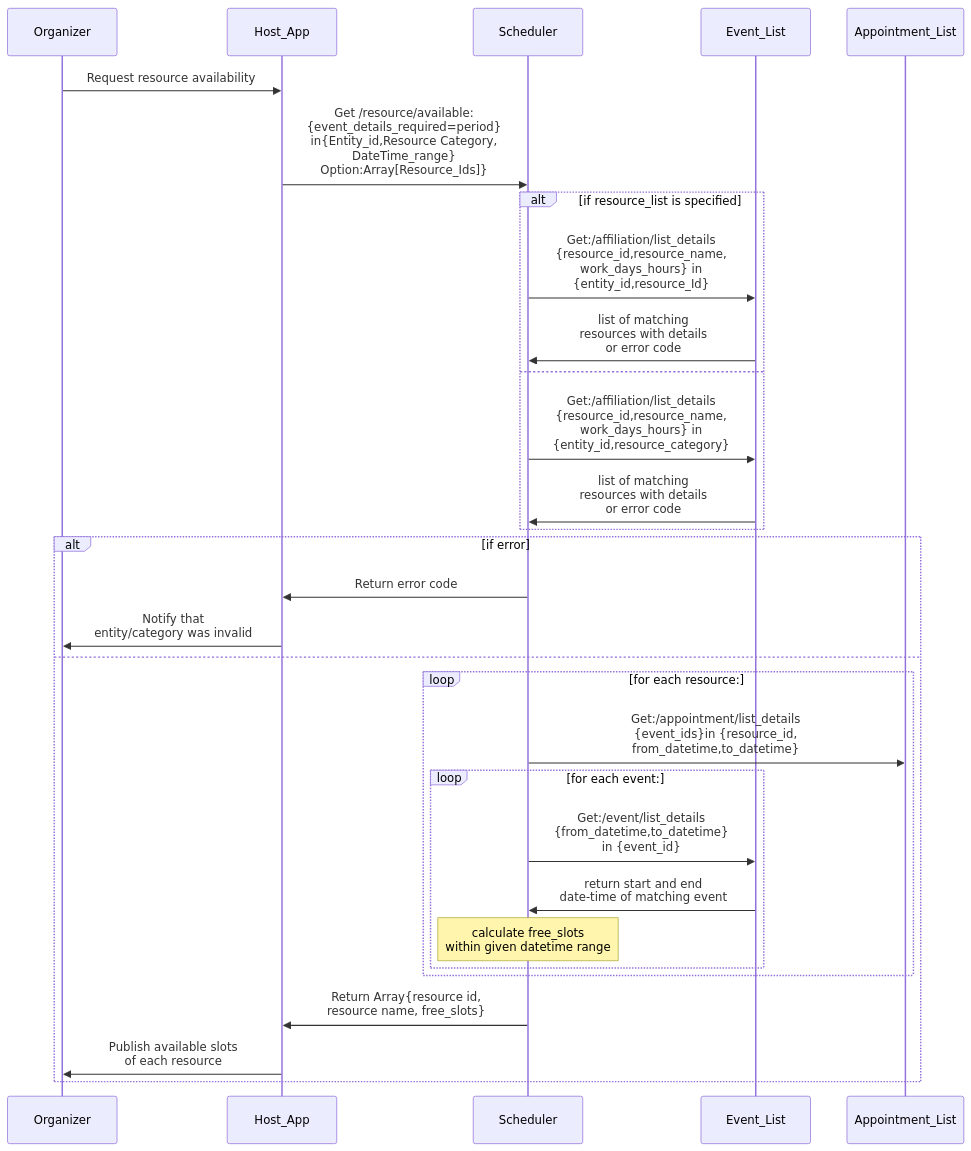
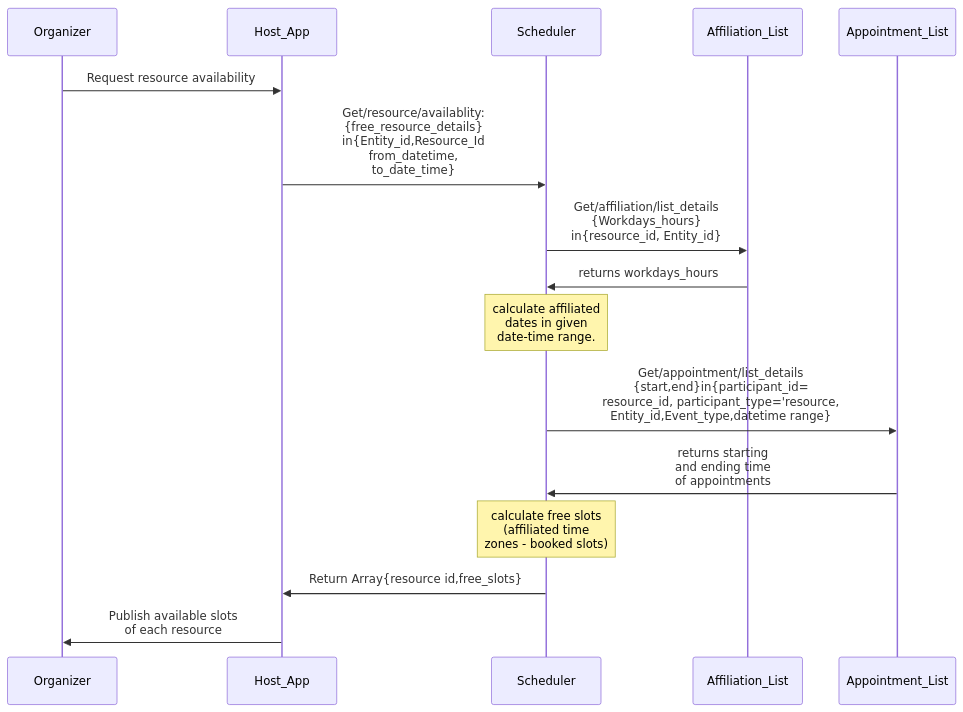
Before and after one commit to GovStackWorkingGroup/scheduler: the second of 14 diagrams in spec/9-workflows.md, drawn with Mermaid. The commit also changed other lines of this file and 5 other files, not shown here.

````diff
--- a/spec/9-workflows.md
+++ b/spec/9-workflows.md
@@ -74,27 +76,13 @@
 ```mermaid
 sequenceDiagram
 Organizer->>Host_App: Request resource availability
-Host_App->>Scheduler: Get /resource/available:<br>{event_details_required=period}<br> in{Entity_id,Resource Category,<br>DateTime_range}<br>Option:Array[Resource_Ids]}
-alt if resource_list is specified
-  Scheduler->>Event_List:Get:/affiliation/list_details<br>{resource_id,resource_name,<br>work_days_hours} in<br>{entity_id,resource_Id} 
-  Event_List->>Scheduler:list of matching<br>resources with details<br> or error code
-else
-  Scheduler->>Event_List:Get:/affiliation/list_details<br>{resource_id,resource_name,<br>work_days_hours} in<br>{entity_id,resource_category} 
-  Event_List->>Scheduler:list of matching<br>resources with details<br> or error code
-end
-alt if error
-  Scheduler->>Host_App: Return error code
-  Host_App->>Organizer: Notify that <br>entity/category was invalid
-else
-  Loop for each resource:
-    Scheduler->>Appointment_List:Get:/appointment/list_details<br>{event_ids}in {resource_id,<br> from_datetime,to_datetime}
-    Loop for each event:
-      Scheduler->>Event_List:Get:/event/list_details<br>{from_datetime,to_datetime}<br>in {event_id} 
-      Event_List->>Scheduler: return start and end<Br> date-time of matching event
-      note over Scheduler:calculate free_slots <br>within given datetime range
-    end
-end
-  Scheduler->>Host_App: Return Array{resource id,<br> resource name, free_slots}
+Host_App->>Scheduler: Get/resource/availablity:<br>{free_resource_details}<br> in{Entity_id,Resource_Id<br>from_datetime,<br>to_date_time}
+Scheduler->>Affiliation_List: Get/affiliation/list_details<br>{Workdays_hours}<br>in{resource_id, Entity_id}
+Affiliation_List->>Scheduler: returns workdays_hours 
+note over Scheduler: calculate affiliated<br> dates in given <br>date-time range.
+Scheduler->>Appointment_List: Get/appointment/list_details<br>{start,end}in{participant_id=<br>resource_id, participant_type='resource,<br>Entity_id,Event_type,datetime range}
+Appointment_List->>Scheduler: returns starting<br> and ending time<br> of appointments
+note over Scheduler: calculate free slots<br> (affiliated time <br>zones - booked slots)
+  Scheduler->>Host_App: Return Array{resource id,free_slots}
   Host_App->>Organizer: Publish available slots<br> of each resource
-end
 ```
````
